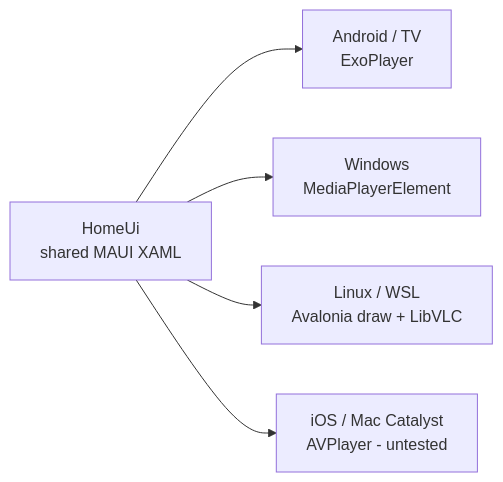
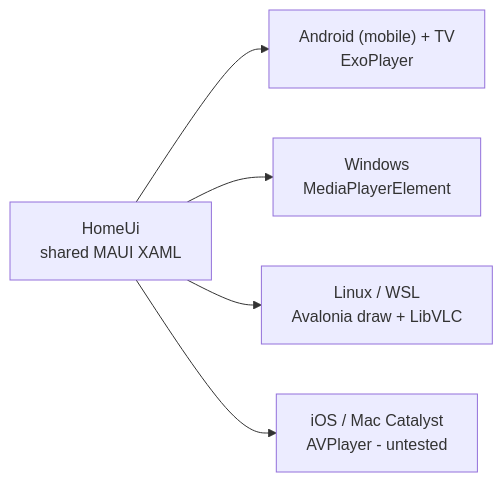
Before and after one commit to Vardy-Party/Client: the first of 2 diagrams in README.md, drawn with Mermaid. The commit also changed other lines of this file, not shown here.

````diff
--- a/README.md
+++ b/README.md
@@ -20,8 +37,8 @@
 ```mermaid
 flowchart LR
   HomeUi["HomeUi<br/>shared MAUI XAML"]
-  HomeUi --> Android["Android / TV<br/>ExoPlayer"]
+  HomeUi --> Android["Android (mobile) + TV<br/>ExoPlayer"]
   HomeUi --> Windows["Windows<br/>MediaPlayerElement"]
   HomeUi --> Desktop["Linux / WSL<br/>Avalonia draw + LibVLC"]
   HomeUi --> Apple["iOS / Mac Catalyst<br/>AVPlayer - untested"]
 ```
````
